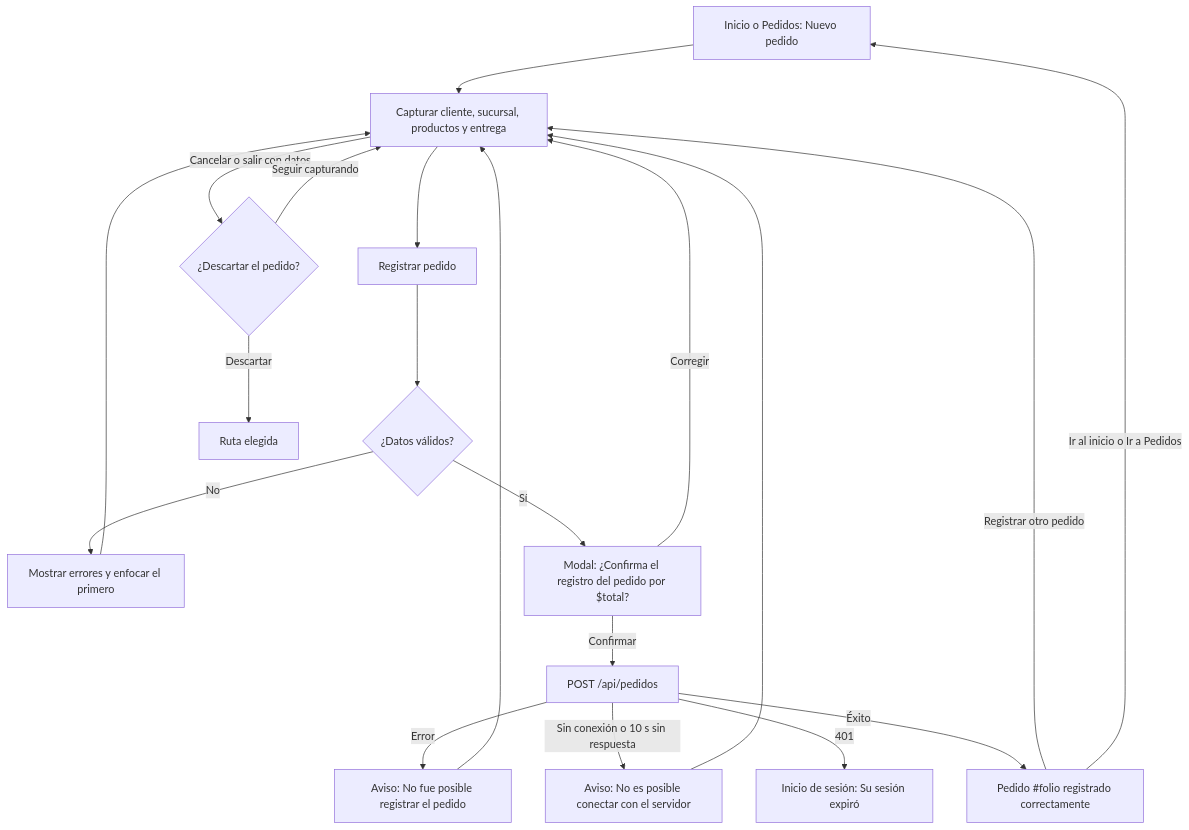
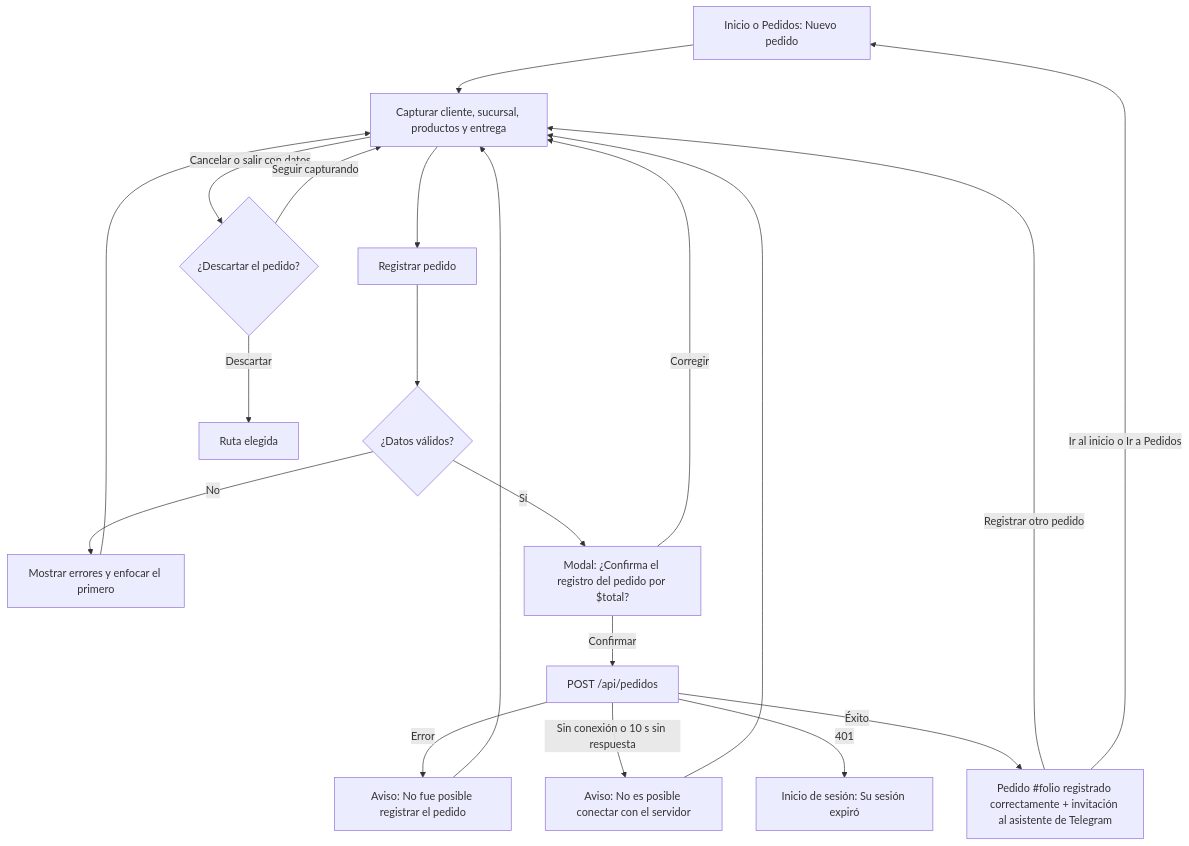
The second of 4 diagrams in FLUJO-APLICACION.md (ROOB1114/GlobalFoods-Web), drawn with Mermaid before and after one commit. The commit also changed other lines of this file and 4 other files, not shown here.

Commit message:
Notificación de asistente al registrar pedido

````diff
--- a/FLUJO-APLICACION.md
+++ b/FLUJO-APLICACION.md
@@ -92,19 +93,19 @@
 ```mermaid
 flowchart TD
     A[Inicio o Pedidos: Nuevo pedido] --> B[Capturar cliente, sucursal, productos y entrega]
     B --> C[Registrar pedido]
     C --> D{"¿Datos válidos?"}
     D -- No --> E[Mostrar errores y enfocar el primero] --> B
     D -- Sí --> F["Modal: ¿Confirma el registro del pedido por $total?"]
     F -- Corregir --> B
     F -- Confirmar --> G[POST /api/pedidos]
     G -- Error --> H[Aviso: No fue posible registrar el pedido] --> B
     G -- "Sin conexión o 10 s sin respuesta" --> L[Aviso: No es posible conectar con el servidor] --> B
     G -- 401 --> M[Inicio de sesión: Su sesión expiró]
-    G -- Éxito --> I["Pedido #folio registrado correctamente"]
+    G -- Éxito --> I["Pedido #folio registrado correctamente + invitación al asistente de Telegram"]
     I -- Registrar otro pedido --> B
     I -- "Ir al inicio o Ir a Pedidos" --> A
     B -- Cancelar o salir con datos --> J{"¿Descartar el pedido?"}
     J -- Seguir capturando --> B
     J -- Descartar --> K[Ruta elegida]
 ```
````
